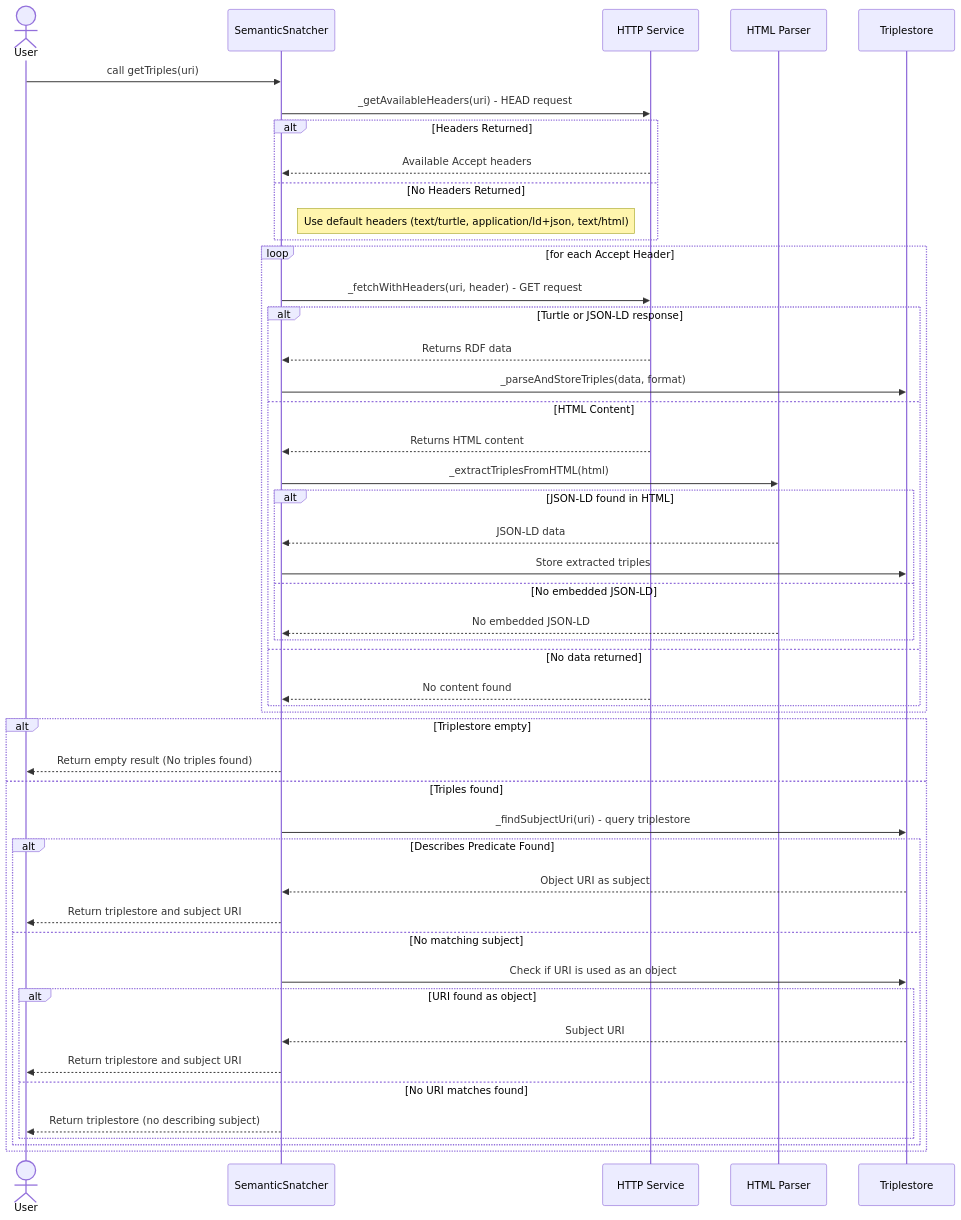
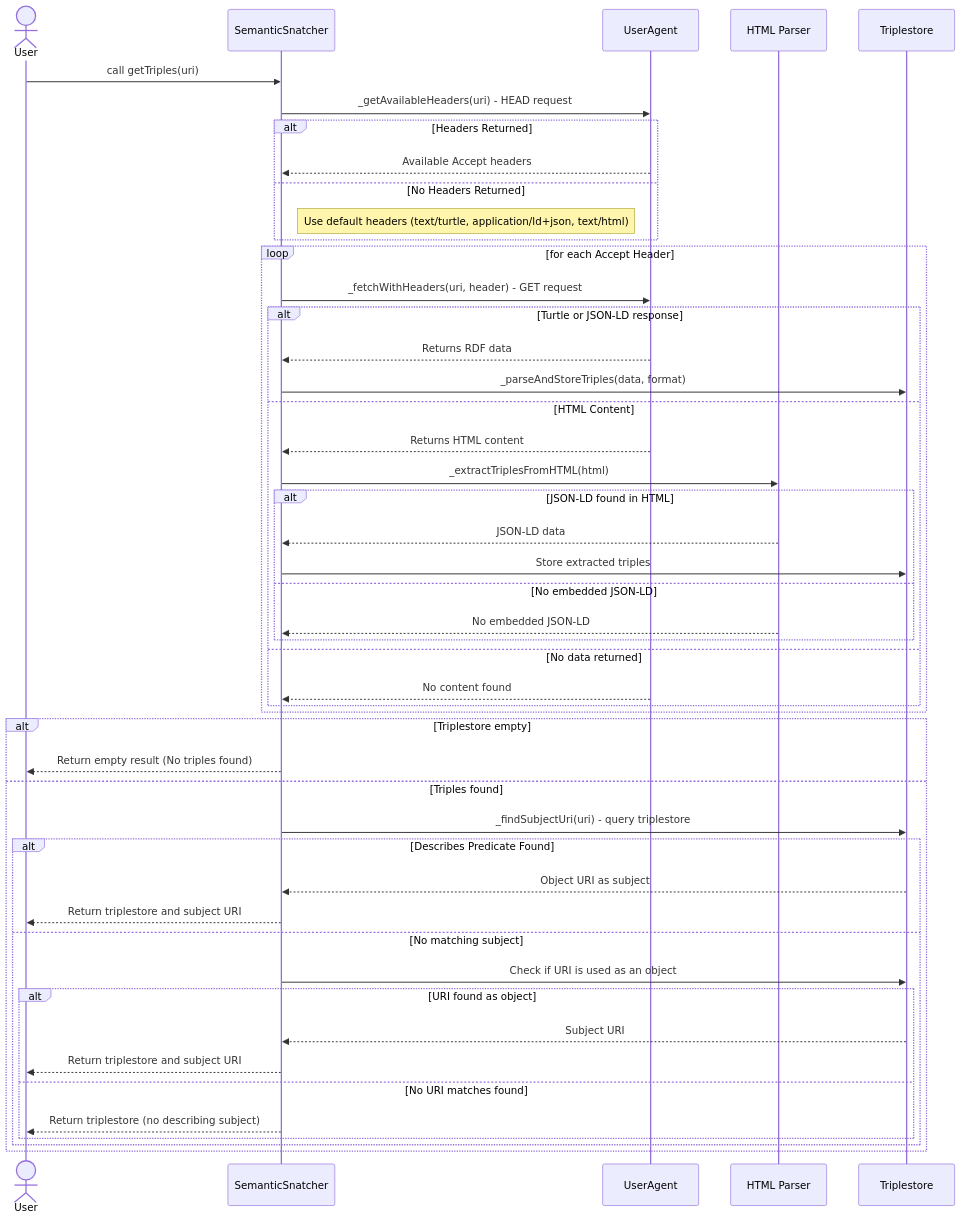
One commit to cedricdcc/semantic-snatcher changed the second of 3 diagrams in README.md. Above: the diagram before and after it, drawn with Mermaid. The commit also changed other lines of this file, not shown here.

Commit message:
refactor: replace HTTPService with UserAgent in sequence diagram and class diagram

````diff
--- a/README.md
+++ b/README.md
@@ -110,54 +110,54 @@
 ```mermaid
 sequenceDiagram
     actor User
     participant SemanticSnatcher
-    participant HTTPService as HTTP Service
+    participant UserAgent
     participant HTMLParser as HTML Parser
     participant Triplestore
 
     User->>SemanticSnatcher: call getTriples(uri)
 
-    SemanticSnatcher->>HTTPService: _getAvailableHeaders(uri) - HEAD request
+    SemanticSnatcher->>UserAgent: _getAvailableHeaders(uri) - HEAD request
     alt Headers Returned
-        HTTPService-->>SemanticSnatcher: Available Accept headers
+        UserAgent-->>SemanticSnatcher: Available Accept headers
     else No Headers Returned
         Note right of SemanticSnatcher: Use default headers (text/turtle, application/ld+json, text/html)
     end
 
     loop for each Accept Header
-        SemanticSnatcher->>HTTPService: _fetchWithHeaders(uri, header) - GET request
+        SemanticSnatcher->>UserAgent: _fetchWithHeaders(uri, header) - GET request
         alt Turtle or JSON-LD response
-            HTTPService-->>SemanticSnatcher: Returns RDF data
+            UserAgent-->>SemanticSnatcher: Returns RDF data
             SemanticSnatcher->>Triplestore: _parseAndStoreTriples(data, format)
         else HTML Content
-            HTTPService-->>SemanticSnatcher: Returns HTML content
+            UserAgent-->>SemanticSnatcher: Returns HTML content
             SemanticSnatcher->>HTMLParser: _extractTriplesFromHTML(html)
             alt JSON-LD found in HTML
                 HTMLParser-->>SemanticSnatcher: JSON-LD data
                 SemanticSnatcher->>Triplestore: Store extracted triples
             else No embedded JSON-LD
                 HTMLParser-->>SemanticSnatcher: No embedded JSON-LD
             end
         else No data returned
-            HTTPService-->>SemanticSnatcher: No content found
+            UserAgent-->>SemanticSnatcher: No content found
         end
     end
 
     alt Triplestore empty
         SemanticSnatcher-->>User: Return empty result (No triples found)
     else Triples found
         SemanticSnatcher->>Triplestore: _findSubjectUri(uri) - query triplestore
         alt Describes Predicate Found
             Triplestore-->>SemanticSnatcher: Object URI as subject
             SemanticSnatcher-->>User: Return triplestore and subject URI
         else No matching subject
             SemanticSnatcher->>Triplestore: Check if URI is used as an object
             alt URI found as object
                 Triplestore-->>SemanticSnatcher: Subject URI
                 SemanticSnatcher-->>User: Return triplestore and subject URI
             else No URI matches found
                 SemanticSnatcher-->>User: Return triplestore (no describing subject)
             end
         end
     end
 ```
````
